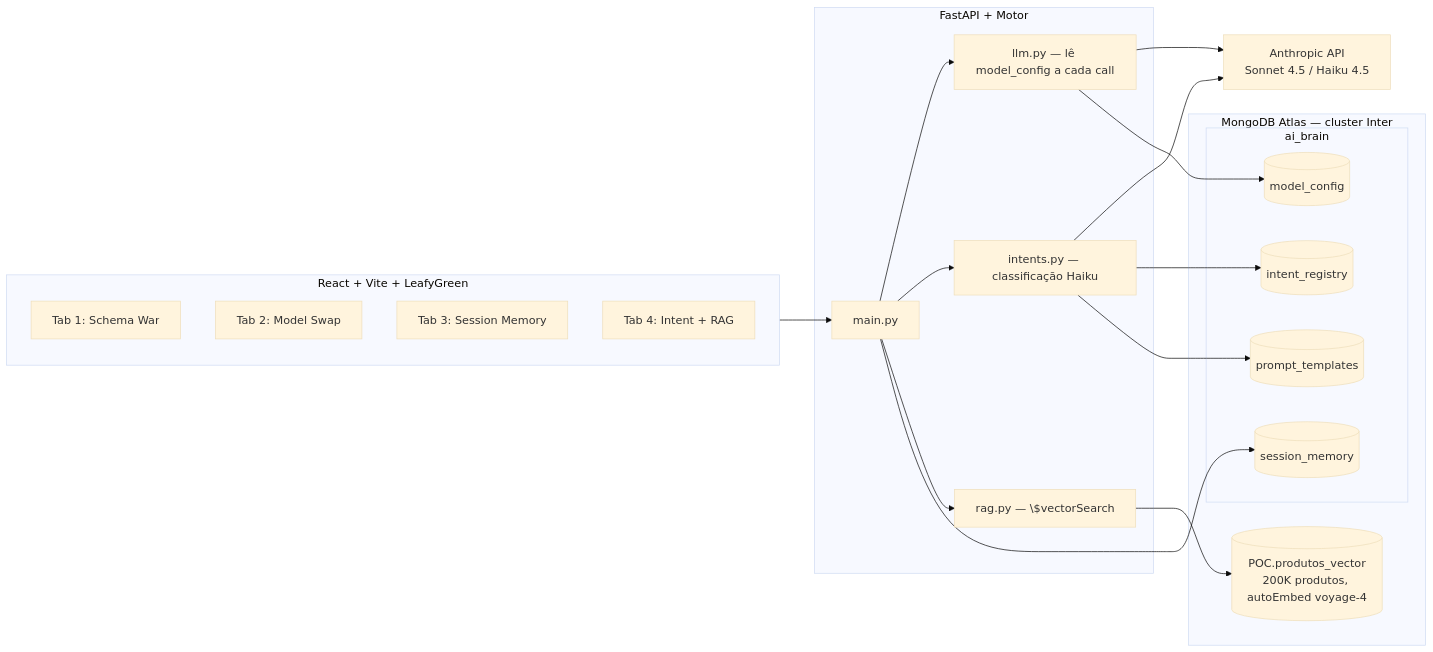
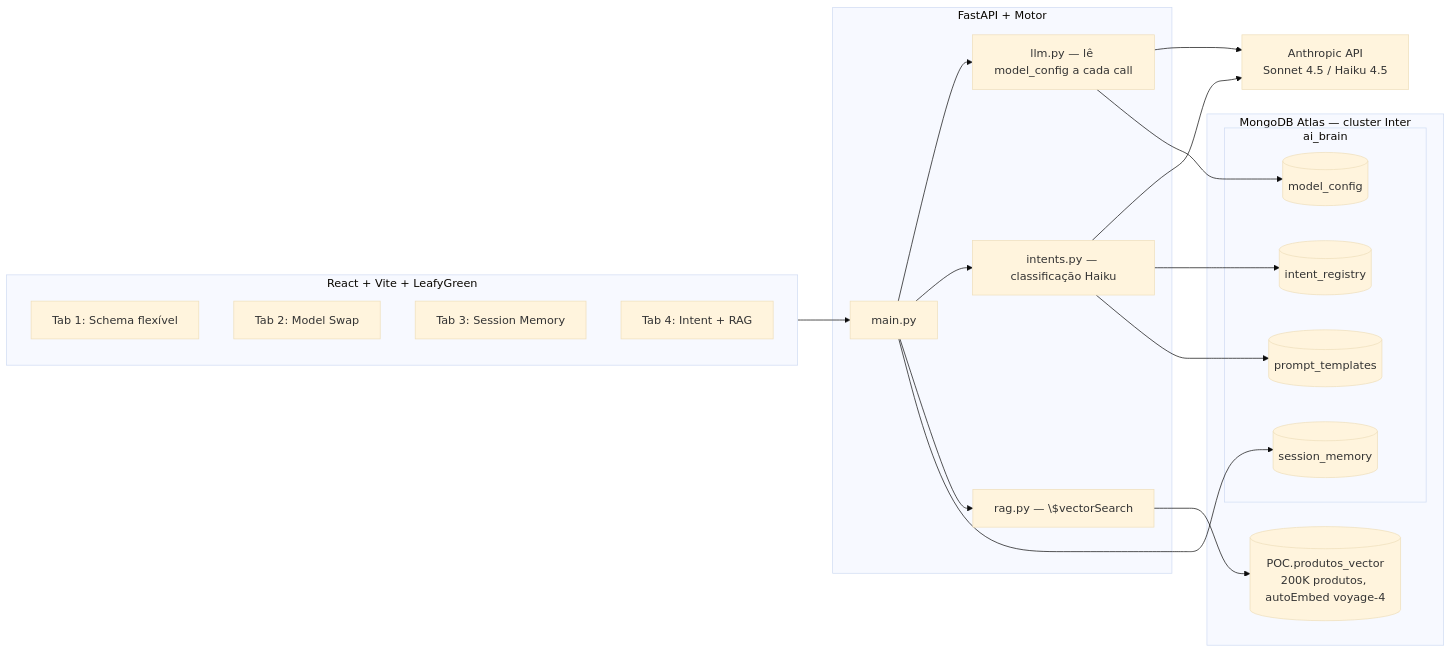
One commit to adrianofratelli-glitch/MongoDB-Intelligence-Layer changed the diagram in README.md. Above: the diagram before and after it, drawn with Mermaid (base theme). The commit also changed other lines of this file and 2 other files, not shown here.

````diff
--- a/README.md
+++ b/README.md
@@ -34,37 +33,37 @@
 ```mermaid
 flowchart LR
     subgraph Frontend [React + Vite + LeafyGreen]
-        T1[Tab 1: Schema War]
+        T1[Tab 1: Schema flexível]
         T2[Tab 2: Model Swap]
         T3[Tab 3: Session Memory]
         T4[Tab 4: Intent + RAG]
     end
 
     subgraph Backend [FastAPI + Motor]
         API[main.py]
         LLM[llm.py — lê model_config a cada call]
         INT[intents.py — classificação Haiku]
         RAG[rag.py — \$vectorSearch]
     end
 
     subgraph Atlas [MongoDB Atlas — cluster Inter]
         subgraph ai_brain
             PT[(prompt_templates)]
             MC[(model_config)]
             IR[(intent_registry)]
             SM[(session_memory)]
         end
         PV[(POC.produtos_vector\n200K produtos, autoEmbed voyage-4)]
     end
 
     ANT[Anthropic API\nSonnet 4.5 / Haiku 4.5]
 
     Frontend --> API
     API --> LLM --> ANT
     API --> INT --> ANT
     API --> RAG --> PV
     LLM --> MC
     INT --> IR
     INT --> PT
     API --> SM
 ```
````
